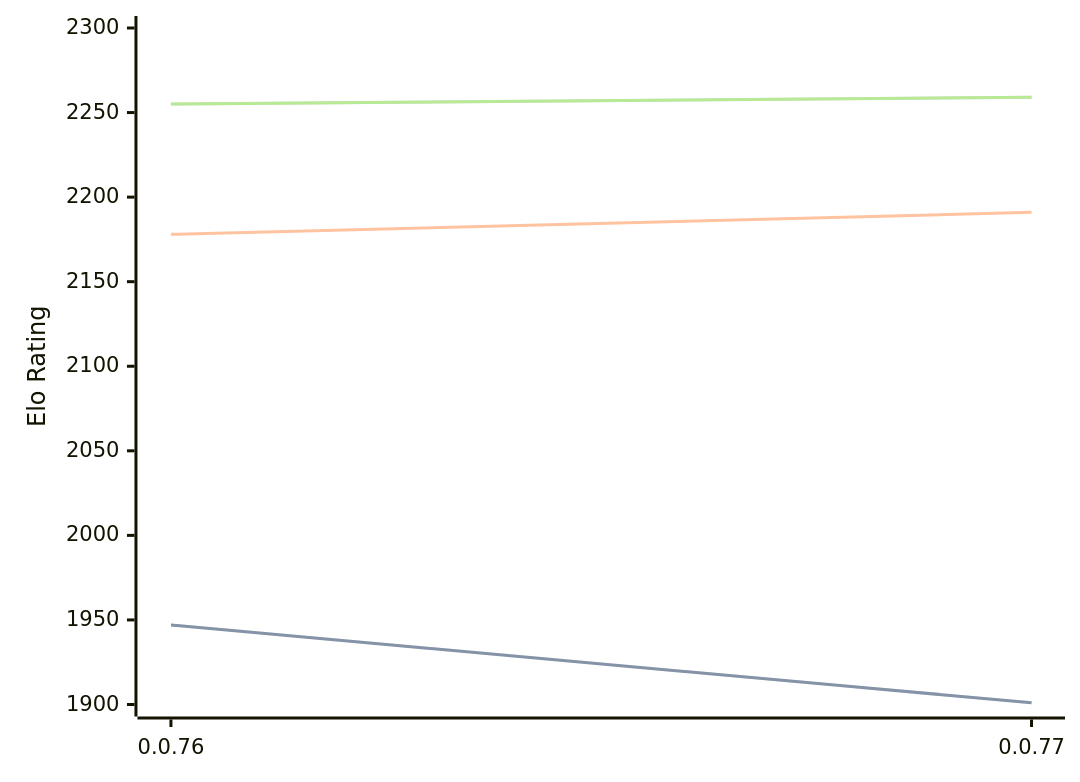
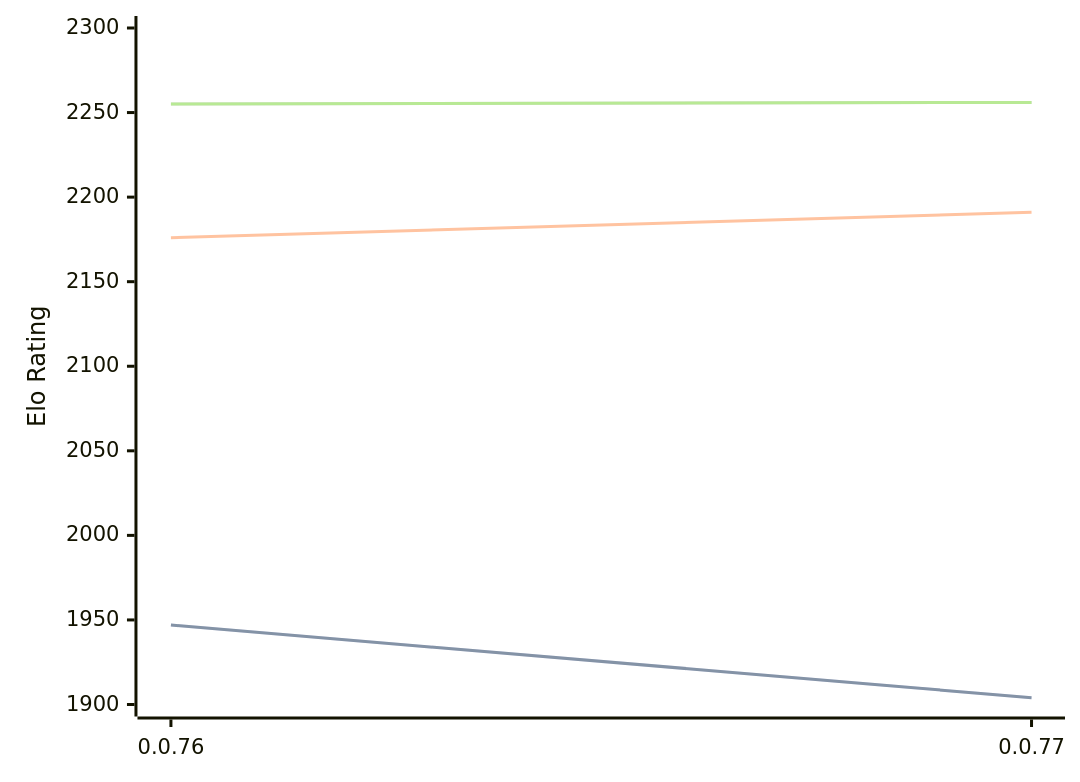
The diagram in engines/Fktb.md (computer-chess-index/cci), drawn with Mermaid before and after one commit. The commit also changed other lines of this file, not shown here.

Commit message:
Update CCI Ratings (ELO VLTC) - 2026-03-15

````diff
--- a/engines/Fktb.md
+++ b/engines/Fktb.md
@@ -30,11 +30,11 @@
 ```mermaid
 %%{init: {"theme":"base","themeVariables":{"seriesColors:['#a3a3a3','#222221','#faa371']}}}%%
 xychart-beta
   x-axis ["0.0.76", "0.0.77"]
   y-axis "Elo Rating" 1900 --> 2300
-  line "STC (8.0+0.08s)" [1947, 1901]
-  line "STC (8.0+0.08s)" [1947, 1901]
-  line "LTC (60.0+0.60s)" [2178, 2191]
-  line "VLTC (2m24s+1.12s)" [2255, 2259]
-  line "VLTC (2m24s+1.12s)" [2255, 2259]
+  line "STC (8.0+0.08s)" [1947, 1904]
+  line "STC (8.0+0.08s)" [1947, 1904]
+  line "LTC (60.0+0.60s)" [2176, 2191]
+  line "VLTC (2m24s+1.12s)" [2255, 2256]
+  line "VLTC (2m24s+1.12s)" [2255, 2256]
 ```
````
